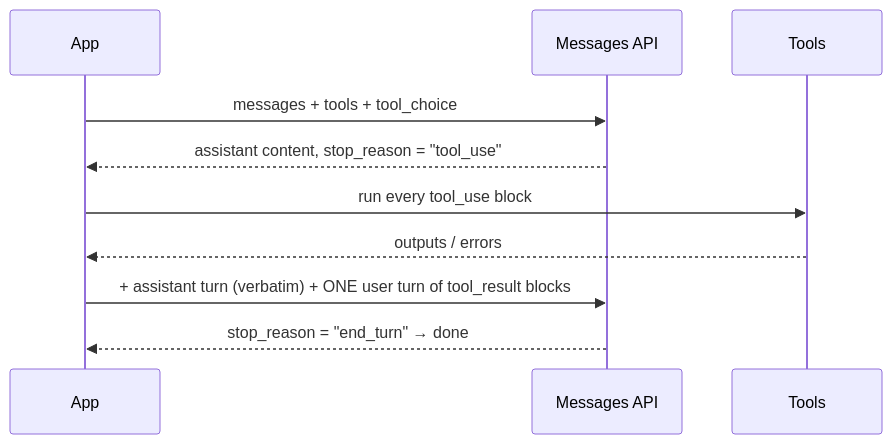
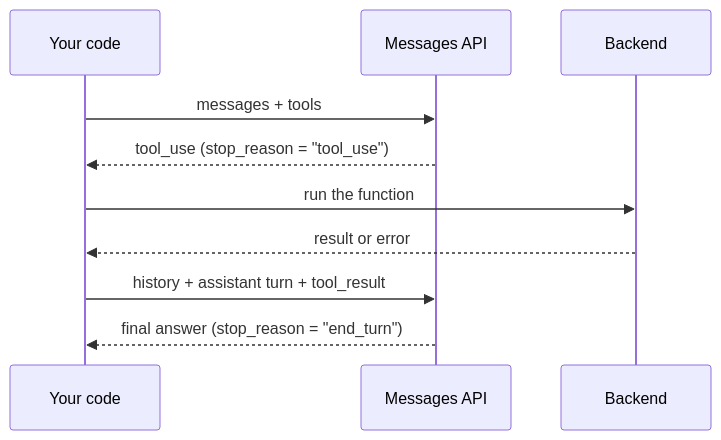
The diagram in teach-me/lectures/01-agentic-loop-and-tool-use/lecture.md (leprz/CCAR-F-course), drawn with Mermaid before and after one commit. The commit also changed other lines of this file and 215 other files, not shown here.

````diff
--- a/teach-me/lectures/01-agentic-loop-and-tool-use/lecture.md
+++ b/teach-me/lectures/01-agentic-loop-and-tool-use/lecture.md
@@ -27,12 +84,12 @@
 ```mermaid
 sequenceDiagram
-  participant App
+  participant App as Your code
   participant API as Messages API
-  participant Tools
-  App->>API: messages + tools + tool_choice
-  API-->>App: assistant content, stop_reason = "tool_use"
-  App->>Tools: run every tool_use block
-  Tools-->>App: outputs / errors
-  App->>API: + assistant turn (verbatim) + ONE user turn of tool_result blocks
-  API-->>App: stop_reason = "end_turn" → done
+  participant BE as Backend
+  App->>API: messages + tools
+  API-->>App: tool_use (stop_reason = "tool_use")
+  App->>BE: run the function
+  BE-->>App: result or error
+  App->>API: history + assistant turn + tool_result
+  API-->>App: final answer (stop_reason = "end_turn")
 ```
````
